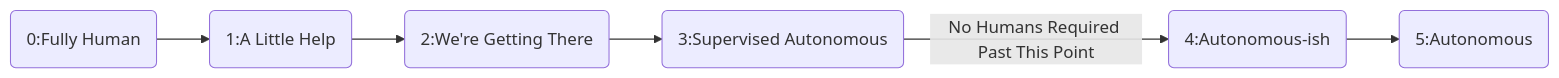
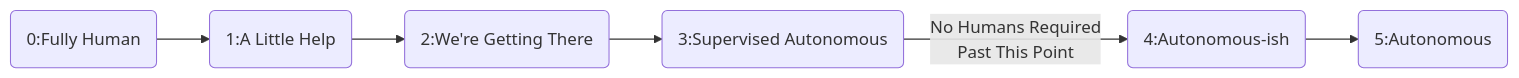
Before and after one commit to Grig84/ethics_fall2025: the diagram in _casestudy/00_index.md, drawn with Mermaid. The commit also changed 1 other file, not shown here.

Commit message:
Testing after it worked

````diff
--- a/_casestudy/00_index.md
+++ b/_casestudy/00_index.md
@@ -11,8 +11,8 @@
 ```mermaid
 graph LR
 0(0:Fully Human) --> 1(1:A Little Help);
 1 --> 2(2:We're Getting There);
 2 --> 3(3:Supervised Autonomous);
-3 -- No Humans Required Past This Point --> 4(4:Autonomous-ish);
+3 -- No Humans Required<br/>Past This Point --> 4(4:Autonomous-ish);
 4 --> 5(5:Autonomous);
 ```
````
